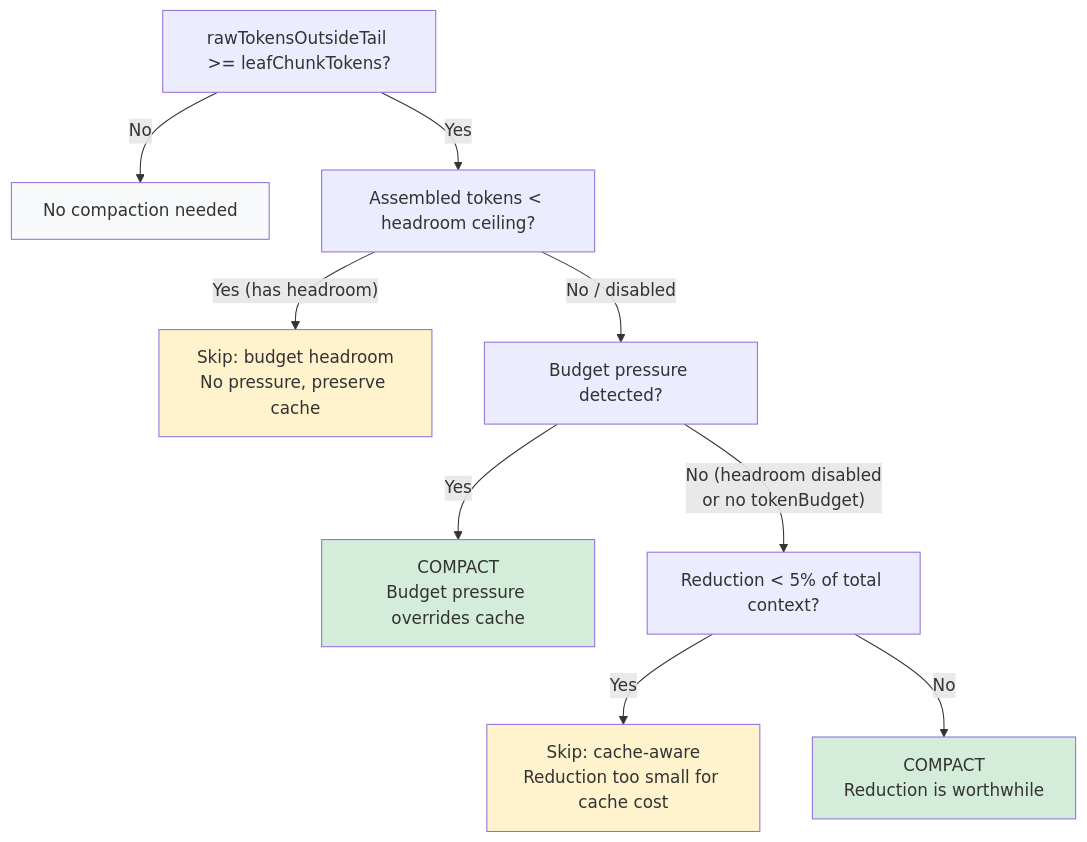
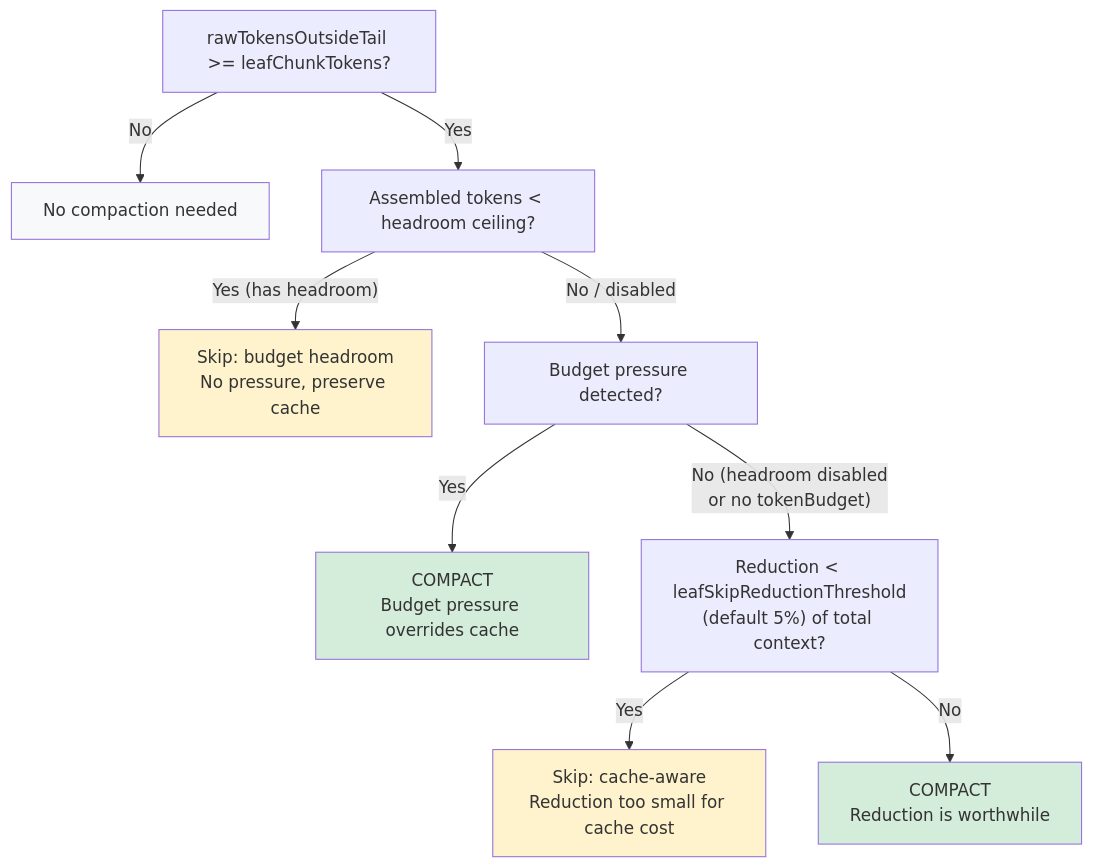
The second of 2 diagrams in docs/compaction-tuning.md (Martian-Engineering/lossless-claw), drawn with Mermaid before and after one commit. The commit also changed other lines of this file and 1 other file, not shown here.

First line of the commit message:
docs: add missing env vars, use config param names in flowcharts

````diff
--- a/docs/compaction-tuning.md
+++ b/docs/compaction-tuning.md
@@ -289,17 +290,17 @@
 ```mermaid
 flowchart TD
     A["rawTokensOutsideTail >= leafChunkTokens?"] -->|No| Z["No compaction needed"]
     A -->|Yes| B["Assembled tokens < headroom ceiling?"]
     B -->|"Yes (has headroom)"| Y["Skip: budget headroom<br/>No pressure, preserve cache"]
     B -->|"No / disabled"| C["Budget pressure detected?"]
     C -->|Yes| E["COMPACT<br/>Budget pressure overrides cache"]
-    C -->|"No (headroom disabled<br/>or no tokenBudget)"| D["Reduction < 5% of total context?"]
+    C -->|"No (headroom disabled<br/>or no tokenBudget)"| D["Reduction < leafSkipReductionThreshold<br/>(default 5%) of total context?"]
     D -->|Yes| X["Skip: cache-aware<br/>Reduction too small for cache cost"]
     D -->|No| G["COMPACT<br/>Reduction is worthwhile"]
 
     style E fill:#d4edda
     style G fill:#d4edda
     style Y fill:#fff3cd
     style X fill:#fff3cd
     style Z fill:#f8f9fa
 ```
````
